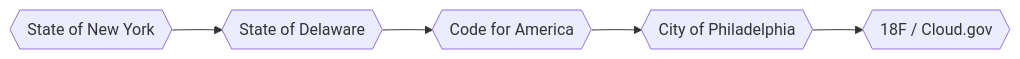
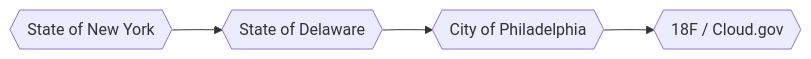
One commit to mheadd/mheadd changed the diagram in README.md. Above: the diagram before and after it, drawn with Mermaid.

Commit message:
Fix flow chart

````diff
--- a/README.md
+++ b/README.md
@@ -14,6 +14,7 @@
 ```mermaid
 flowchart LR
-   id1{{State of New York}}-->id2{{State of Delaware}}
-   -->id3{{Code for America}}-->id4{{City of Philadelphia}}
-   -->id5{{18F / Cloud.gov}}
+   id1{{State of New York}}
+   -->id2{{State of Delaware}}
+   -->id3{{City of Philadelphia}}
+   -->id4{{18F / Cloud.gov}}
 ```
````
